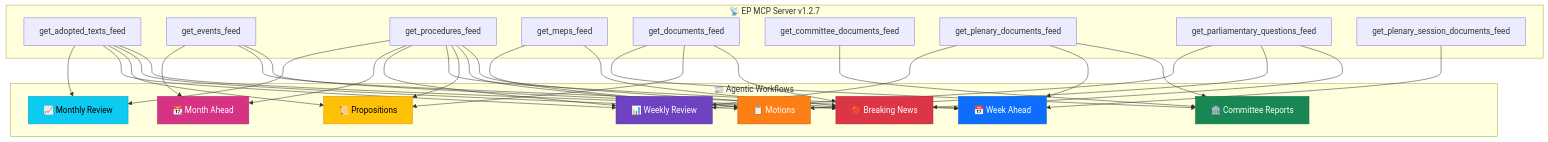
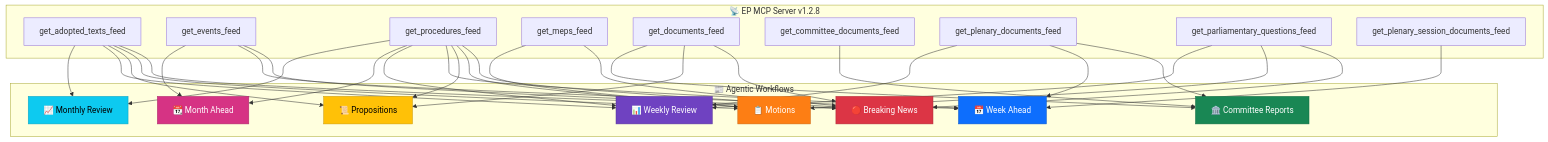
The fifth of 7 diagrams in analysis/README.md (Hack23/euparliamentmonitor), drawn with Mermaid before and after one commit. The commit also changed 32 other files, not shown here.

First line of the commit message:
chore: bump EP MCP server 1.2.7→1.2.8, remove unsupported params, fix workflows and docs

````diff
--- a/analysis/README.md
+++ b/analysis/README.md
@@ -497,44 +497,44 @@
 ```mermaid
 flowchart TD
-    subgraph "📡 EP MCP Server v1.2.7"
+    subgraph "📡 EP MCP Server v1.2.8"
         F1["get_adopted_texts_feed"]
         F2["get_events_feed"]
         F3["get_procedures_feed"]
         F4["get_meps_feed"]
         F5["get_documents_feed"]
         F6["get_committee_documents_feed"]
         F7["get_plenary_documents_feed"]
         F8["get_parliamentary_questions_feed"]
         F9["get_plenary_session_documents_feed"]
     end
 
     subgraph "📰 Agentic Workflows"
         W1["🔴 Breaking News"]
         W2["📋 Motions"]
         W3["📜 Propositions"]
         W4["🏛️ Committee Reports"]
         W5["📅 Week Ahead"]
         W6["📊 Weekly Review"]
         W7["📆 Month Ahead"]
         W8["📈 Monthly Review"]
     end
 
     F1 --> W1 & W2 & W3 & W6 & W8
     F2 --> W1 & W5 & W7
     F3 --> W1 & W2 & W3 & W5 & W6 & W7 & W8
     F4 --> W1 & W2
     F5 --> W1 & W3 & W4
     F6 --> W4
     F7 --> W4 & W5 & W6
     F8 --> W1 & W2 & W6
     F9 --> W5
 
     style W1 fill:#dc3545,stroke:#b02a37,color:#fff
     style W2 fill:#fd7e14,stroke:#ca6510,color:#fff
     style W3 fill:#ffc107,stroke:#cc9a06,color:#000
     style W4 fill:#198754,stroke:#146c43,color:#fff
     style W5 fill:#0d6efd,stroke:#0a58ca,color:#fff
     style W6 fill:#6f42c1,stroke:#59359a,color:#fff
     style W7 fill:#d63384,stroke:#ab296a,color:#fff
     style W8 fill:#0dcaf0,stroke:#0aa2c0,color:#000
 ```
````
